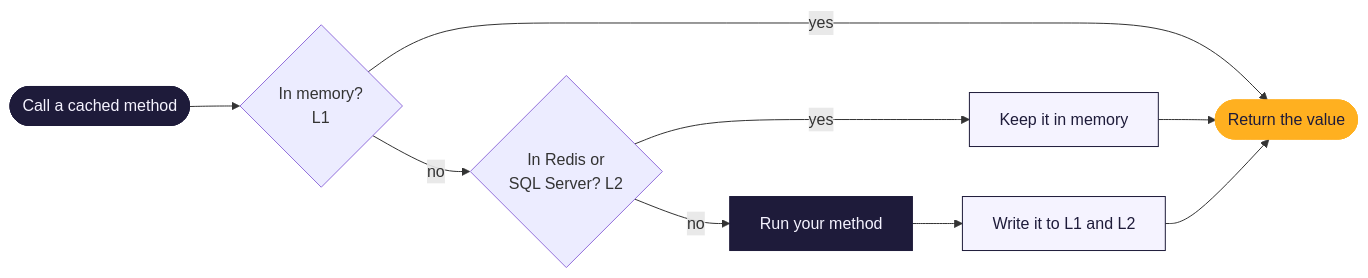
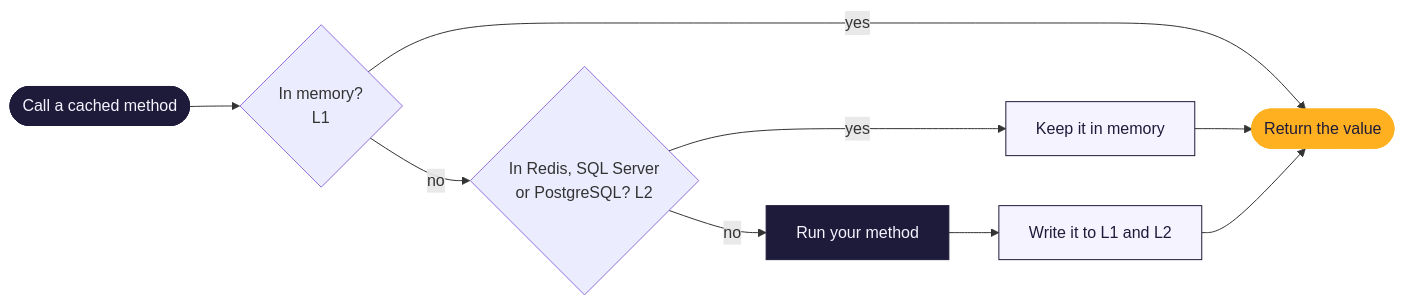
Before and after one commit to eoniclabs/MethodCache: the first of 2 diagrams in docs/features/distributed-cache.md, drawn with Mermaid. The commit also changed other lines of this file and 86 other files, not shown here.

First line of the commit message:
Add MethodCache.PostgreSql: PostgreSQL as the distributed cache (#160)

````diff
--- a/docs/features/distributed-cache.md
+++ b/docs/features/distributed-cache.md
@@ -30,11 +38,11 @@
 ```mermaid
 flowchart LR
     A([Call a cached method]):::dark --> B{In memory?<br/>L1}
     B -- yes --> R([Return the value]):::amber
-    B -- no --> C{In Redis or<br/>SQL Server? L2}
+    B -- no --> C{In Redis, SQL Server<br/>or PostgreSQL? L2}
     C -- yes --> D[Keep it in memory]:::light --> R
     C -- no --> E[Run your method]:::dark --> F[Write it to L1 and L2]:::light --> R
     classDef dark fill:#1E1B3A,stroke:#1E1B3A,color:#F5F3FF
     classDef amber fill:#FFB020,stroke:#FFB020,color:#1E1B3A
     classDef light fill:#F5F3FF,stroke:#1E1B3A,color:#1E1B3A
 ```
````
